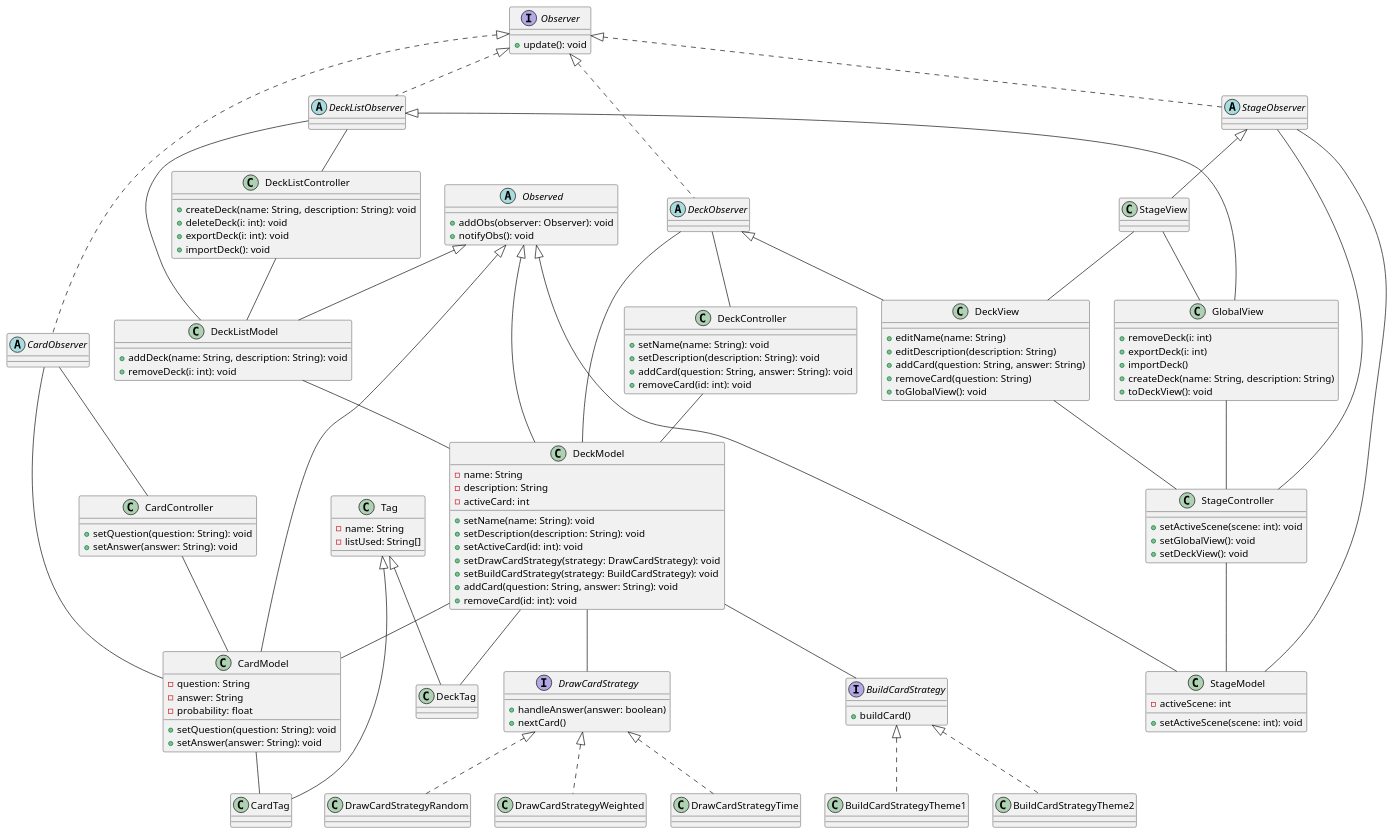
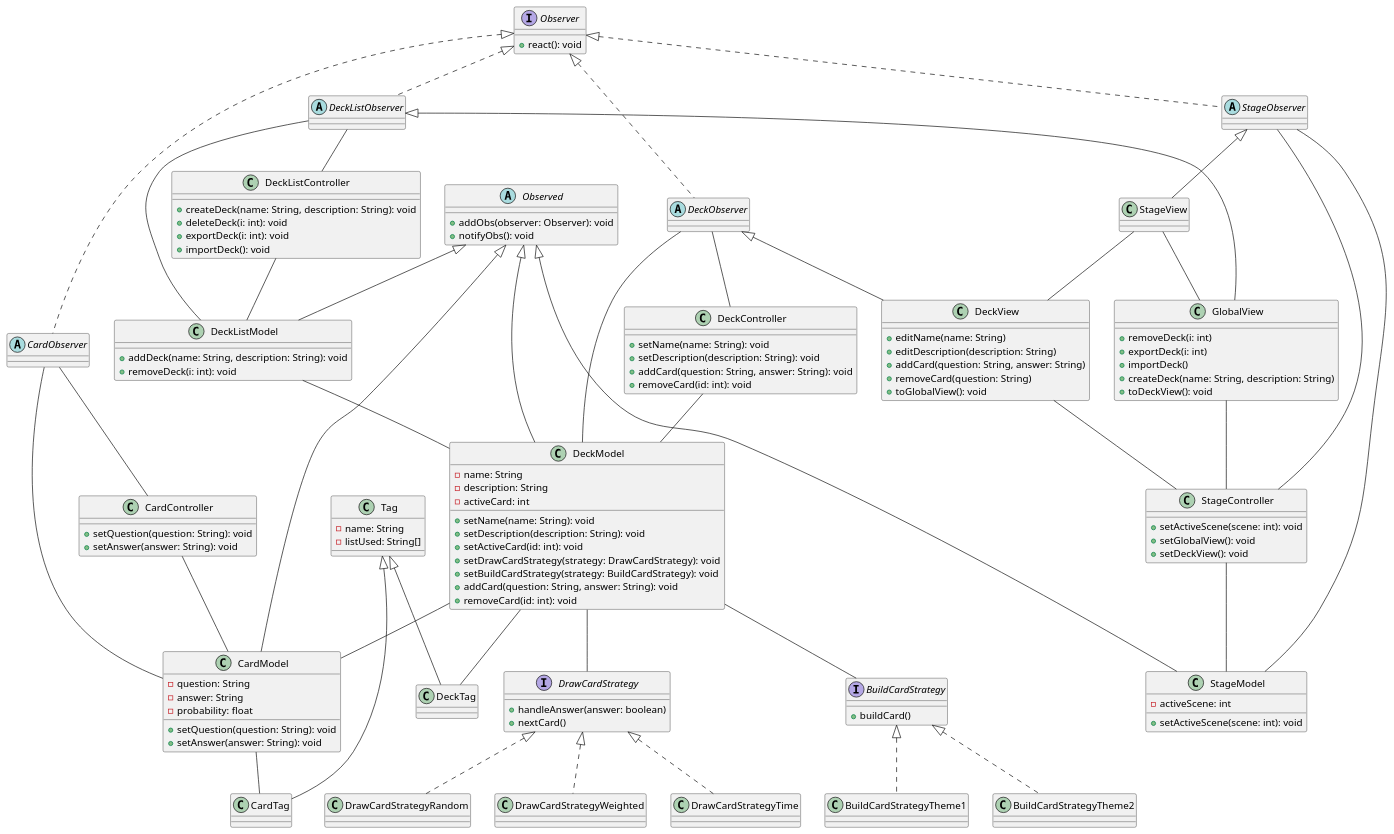
The diagram in GestionProjet/classDiagram.wsd (BigBaz54/TN_Flashcards), drawn with PlantUML before and after one commit. The commit also changed 1 other file, not shown here.

```diff
--- a/GestionProjet/classDiagram.wsd
+++ b/GestionProjet/classDiagram.wsd
@@ -1,162 +1,162 @@
 @startuml
 interface Observer {
-    + update(): void
+    + react(): void
 }
 
 abstract class CardObserver implements Observer {
 }
 
 abstract class DeckObserver implements Observer {
 }
 
 abstract class DeckListObserver implements Observer {
 }
 
 abstract class StageObserver implements Observer {
 }
 
 abstract class Observed {
     + addObs(observer: Observer): void
     + notifyObs(): void
 }
 
 class GlobalView extends DeckListObserver {
     + removeDeck(i: int)
     + exportDeck(i: int)
     + importDeck()
     + createDeck(name: String, description: String)
     + toDeckView(): void
 }
 
 class DeckView extends DeckObserver {
     + editName(name: String)
     + editDescription(description: String)
     + addCard(question: String, answer: String)
     + removeCard(question: String)
     + toGlobalView(): void
 }
 
 class StageView extends StageObserver {
 }
 
 class DeckListModel extends Observed {
     + addDeck(name: String, description: String): void
     + removeDeck(i: int): void
 }
 
 class DeckModel extends Observed {
     - name: String
     - description: String
     - activeCard: int
     + setName(name: String): void
     + setDescription(description: String): void
     + setActiveCard(id: int): void
     + setDrawCardStrategy(strategy: DrawCardStrategy): void
     + setBuildCardStrategy(strategy: BuildCardStrategy): void
     + addCard(question: String, answer: String): void
     + removeCard(id: int): void
 }
 
 class CardModel extends Observed {
     - question: String
     - answer: String
     - probability: float
     + setQuestion(question: String): void
     + setAnswer(answer: String): void
 }
 
 class StageModel extends Observed {
     - activeScene: int
     + setActiveScene(scene: int): void
 }
 
 class DeckListController {
     + createDeck(name: String, description: String): void
     + deleteDeck(i: int): void
     + exportDeck(i: int): void
     + importDeck(): void
 }
 
 class DeckController {
     + setName(name: String): void
     + setDescription(description: String): void
     + addCard(question: String, answer: String): void
     + removeCard(id: int): void
 }
 
 class CardController {
     + setQuestion(question: String): void
     + setAnswer(answer: String): void
 }
 
 class StageController {
     + setActiveScene(scene: int): void
     + setGlobalView(): void
     + setDeckView(): void
 }
 
 class Tag {
     - name: String
     - listUsed: String[]
 }
 
 class CardTag extends Tag {
 }
 
 class DeckTag extends Tag {
 }
 
 interface DrawCardStrategy {
     + handleAnswer(answer: boolean)
     + nextCard()
 }
 
 interface BuildCardStrategy {
     + buildCard()
 }
 
 class BuildCardStrategyTheme1 implements BuildCardStrategy {
 }
 
 class BuildCardStrategyTheme2 implements BuildCardStrategy {
 }
 
 class DrawCardStrategyRandom implements DrawCardStrategy {
 }
 
 class DrawCardStrategyWeighted implements DrawCardStrategy {
 }
 
 class DrawCardStrategyTime implements DrawCardStrategy {
 }
 
 CardObserver -- CardModel
 DeckObserver -- DeckModel
 DeckListObserver -- DeckListModel
 StageObserver -- StageModel
 
 CardObserver -- CardController
 DeckObserver -- DeckController
 DeckListObserver -- DeckListController
 StageObserver -- StageController
 
 CardController -- CardModel
 DeckController -- DeckModel
 DeckListController -- DeckListModel
 StageController -- StageModel
 
 DeckModel -- DrawCardStrategy
 DeckModel -- BuildCardStrategy
 DeckModel -- CardModel
 DeckListModel -- DeckModel
 
 GlobalView -- StageController
 DeckView -- StageController
 
 StageView -- DeckView
 StageView -- GlobalView
 
 CardModel -- CardTag
 DeckModel -- DeckTag
 
 @enduml
```
